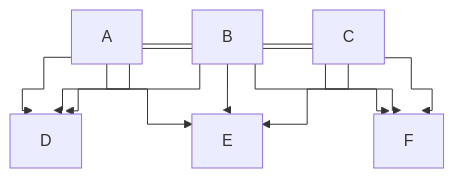
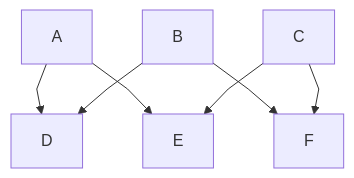
The diagram in e2e/diagrams/flowchart/baseline/edges/line-hops-on.mmd (mermaid-js/mermaid-v13), drawn with Mermaid before and after one commit. The commit also changed 6 other files, not shown here.

```diff
--- a/e2e/diagrams/flowchart/baseline/edges/line-hops-on.mmd
+++ b/e2e/diagrams/flowchart/baseline/edges/line-hops-on.mmd
@@ -1,17 +1,14 @@
 ---
 description: crossing edges with `lineHops` on (D537), and each crossing gets a 6px arc on the run that gives way
 config:
   lineHops: true
   flowchart:
-    curve: step
+    curve: linear
 ---
 flowchart TD
   A --> D
   A --> E
-  A --> F
   B --> D
-  B --> E
   B --> F
-  C --> D
   C --> E
   C --> F
```
